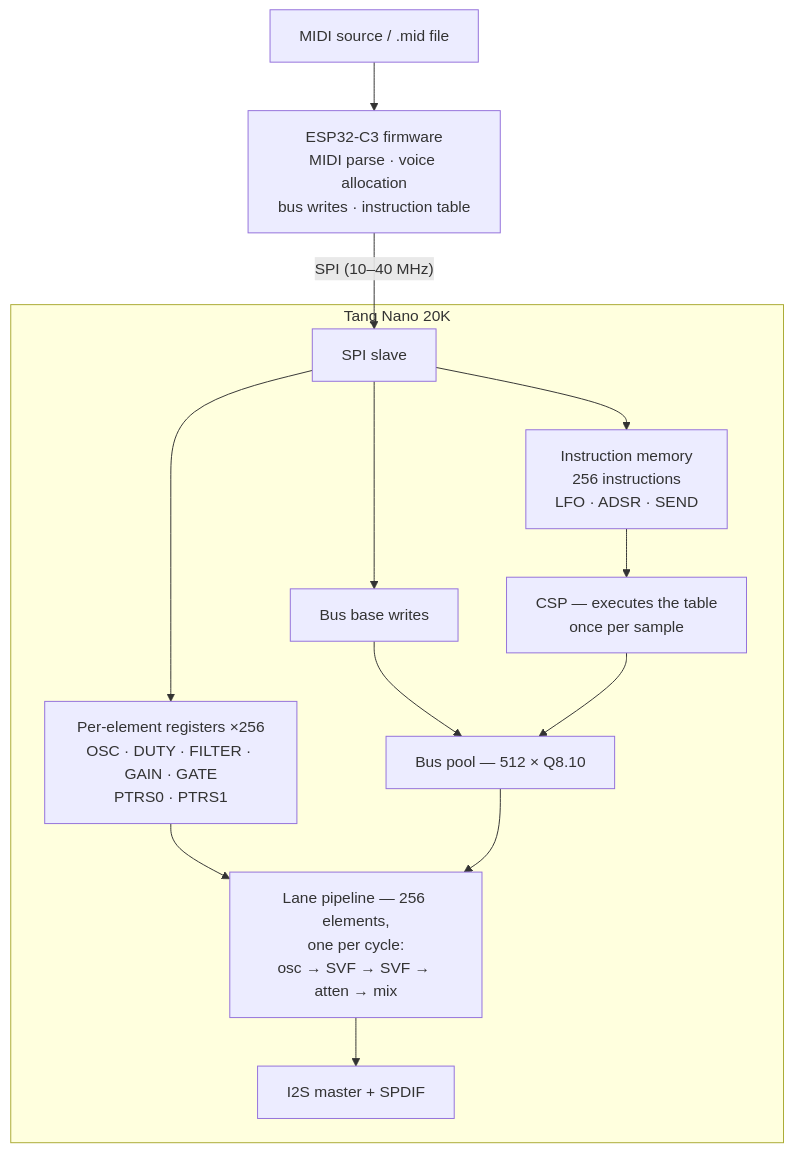
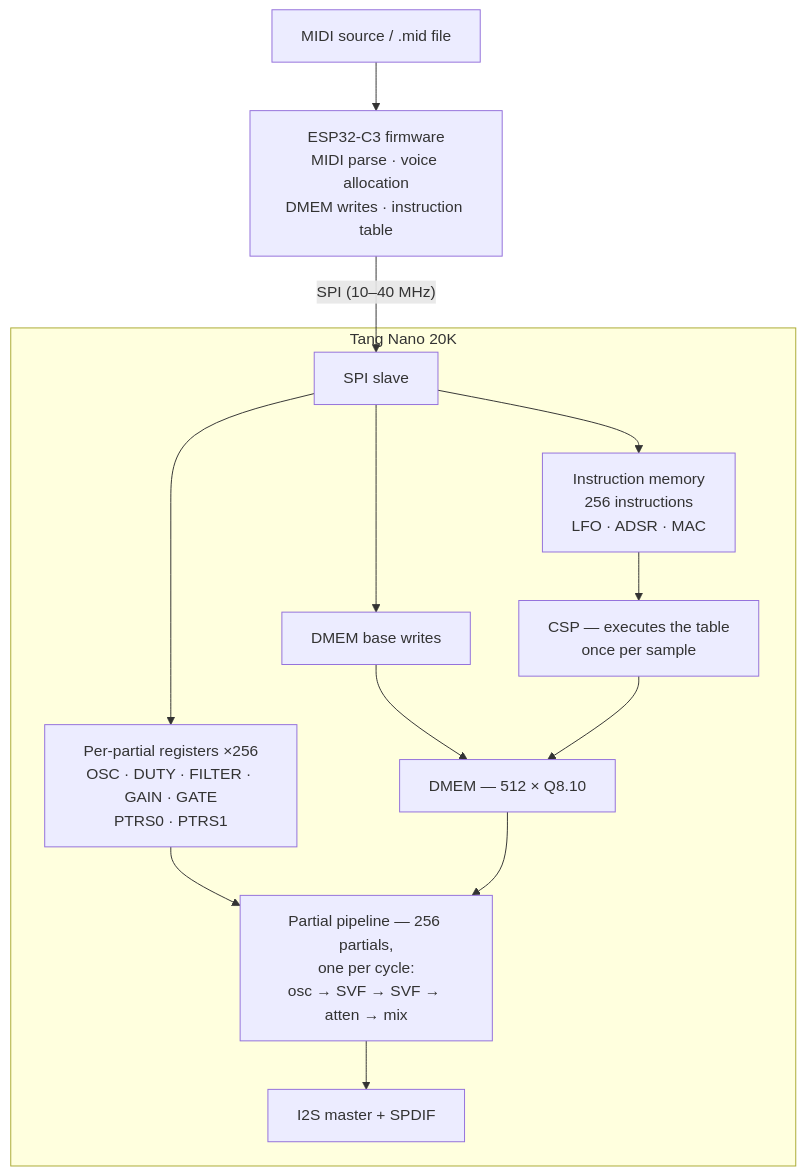
One commit to Thorwegian/noaidi-fpga-synth changed the first of 2 diagrams in docs/memory_map.md. Above: the diagram before and after it, drawn with Mermaid. The commit also changed other lines of this file and 57 other files, not shown here.

````diff
--- a/docs/memory_map.md
+++ b/docs/memory_map.md
@@ -38,16 +39,16 @@
 ```mermaid
 flowchart TD
-    MIDI["MIDI source / .mid file"] --> ESP["ESP32-C3 firmware<br/>MIDI parse · voice allocation<br/>bus writes · instruction table"]
+    MIDI["MIDI source / .mid file"] --> ESP["ESP32-C3 firmware<br/>MIDI parse · voice allocation<br/>DMEM writes · instruction table"]
     ESP -- "SPI (10–40 MHz)" --> SLAVE["SPI slave"]
     subgraph FG["Tang Nano 20K"]
-        SLAVE --> PV["Per-element registers ×256<br/>OSC · DUTY · FILTER · GAIN · GATE<br/>PTRS0 · PTRS1"]
-        SLAVE --> IMEM["Instruction memory<br/>256 instructions<br/>LFO · ADSR · SEND"]
-        SLAVE --> BB["Bus base writes"]
+        SLAVE --> PV["Per-partial registers ×256<br/>OSC · DUTY · FILTER · GAIN · GATE<br/>PTRS0 · PTRS1"]
+        SLAVE --> IMEM["Instruction memory<br/>256 instructions<br/>LFO · ADSR · MAC"]
+        SLAVE --> BB["DMEM base writes"]
         IMEM --> CSP["CSP — executes the table<br/>once per sample"]
-        BB --> DMEM["Bus pool — 512 × Q8.10"]
+        BB --> DMEM["DMEM — 512 × Q8.10"]
         CSP --> DMEM
-        PV --> PIPE["Lane pipeline — 256 elements,<br/>one per cycle:<br/>osc → SVF → SVF → atten → mix"]
+        PV --> PIPE["Partial pipeline — 256 partials,<br/>one per cycle:<br/>osc → SVF → SVF → atten → mix"]
         DMEM --> PIPE
         PIPE --> OUT["I2S master + SPDIF"]
     end
 ```
````
